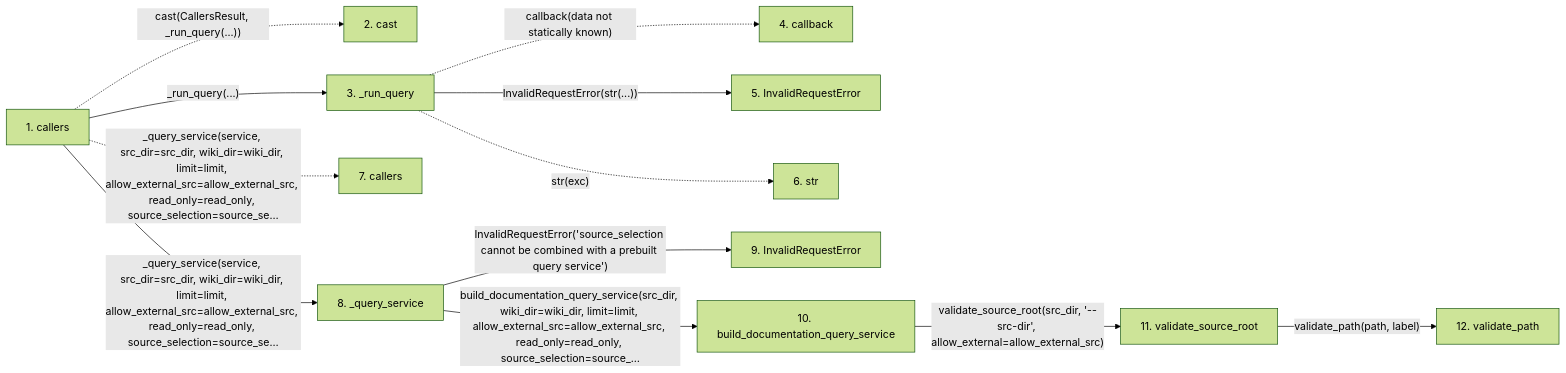
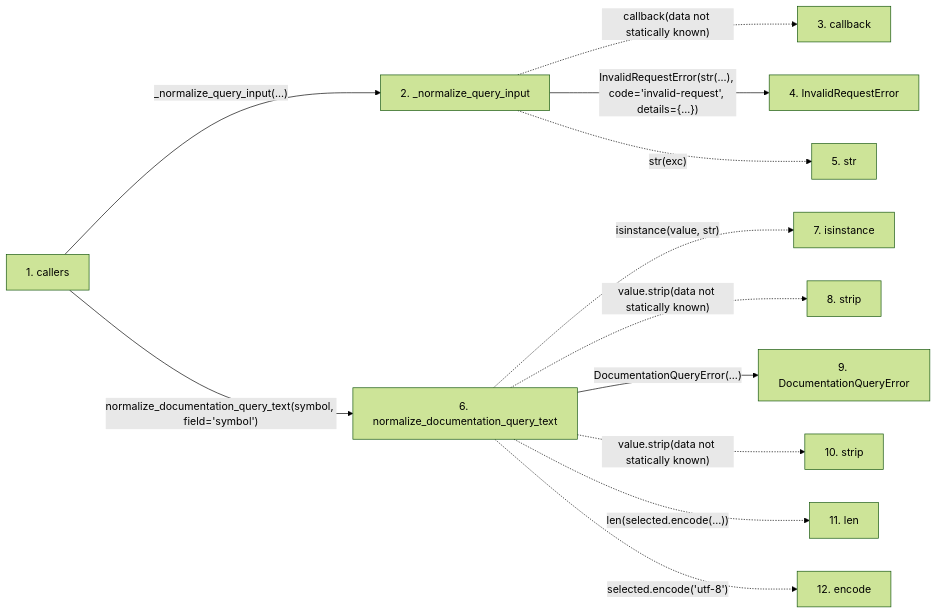
Before and after one commit to Denissvgn/python-wiki-llm: the second of 2 diagrams in docs/llm_wiki/flows/api-callers.md, drawn with Mermaid (forest theme). The commit also changed other lines of this file and 364 other files, not shown here.

````diff
--- a/docs/llm_wiki/flows/api-callers.md
+++ b/docs/llm_wiki/flows/api-callers.md
@@ -85,34 +83,31 @@
 ```mermaid
 flowchart LR
     s1["1. callers"]
-    s2["2. cast"]
-    s3["3. _run_query"]
-    s4["4. callback"]
-    s5["5. InvalidRequestError"]
-    s6["6. str"]
-    s7["7. callers"]
-    s8["8. _query_service"]
-    s9["9. InvalidRequestError"]
-    s10["10. build_documentation_query_service"]
-    s11["11. validate_source_root"]
-    s12["12. validate_path"]
-    s1 -. "cast(CallersResult, _run_query(...))" .-> s2
-    s1 -->|"_run_query(...)"| s3
-    s3 -. "callback(data not statically known)" .-> s4
-    s3 -->|"InvalidRequestError(str(...))"| s5
-    s3 -. "str(exc)" .-> s6
-    s1 -. "_query_service(service, src_dir=src_dir, wiki_dir=wiki_dir, limit=limit, allow_external_src=allow_external_src, read_only=read_only, source_selection=source_se…" .-> s7
-    s1 -->|"_query_service(service, src_dir=src_dir, wiki_dir=wiki_dir, limit=limit, allow_external_src=allow_external_src, read_only=read_only, source_selection=source_se…"| s8
-    s8 -->|"InvalidRequestError('source_selection cannot be combined with a prebuilt query service')"| s9
-    s8 -->|"build_documentation_query_service(src_dir, wiki_dir=wiki_dir, limit=limit, allow_external_src=allow_external_src, read_only=read_only, source_selection=source_…"| s10
-    s10 -->|"validate_source_root(src_dir, '--src-dir', allow_external=allow_external_src)"| s11
-    s11 -->|"validate_path(path, label)"| s12
+    s2["2. _normalize_query_input"]
+    s3["3. callback"]
+    s4["4. InvalidRequestError"]
+    s5["5. str"]
+    s6["6. normalize_documentation_query_text"]
+    s7["7. isinstance"]
+    s8["8. strip"]
+    s9["9. DocumentationQueryError"]
+    s10["10. strip"]
+    s11["11. len"]
+    s12["12. encode"]
+    s1 -->|"_normalize_query_input(...)"| s2
+    s2 -. "callback(data not statically known)" .-> s3
+    s2 -->|"InvalidRequestError(str(...), code='invalid-request', details={...})"| s4
+    s2 -. "str(exc)" .-> s5
+    s1 -->|"normalize_documentation_query_text(symbol, field='symbol')"| s6
+    s6 -. "isinstance(value, str)" .-> s7
+    s6 -. "value.strip(data not statically known)" .-> s8
+    s6 -->|"DocumentationQueryError(...)"| s9
+    s6 -. "value.strip(data not statically known)" .-> s10
+    s6 -. "len(selected.encode(...))" .-> s11
+    s6 -. "selected.encode('utf-8')" .-> s12
     click s1 "../modules/api.md"
-    click s3 "../modules/api.md"
-    click s5 "../modules/api.md"
-    click s8 "../modules/api.md"
-    click s9 "../modules/api.md"
-    click s10 "../modules/api.md"
-    click s11 "../modules/config.md"
-    click s12 "../modules/config.md"
+    click s2 "../modules/api.md"
+    click s4 "../modules/api.md"
+    click s6 "../modules/documentation_query_builder.md"
+    click s9 "../modules/documentation_queries.md"
 ```
````
